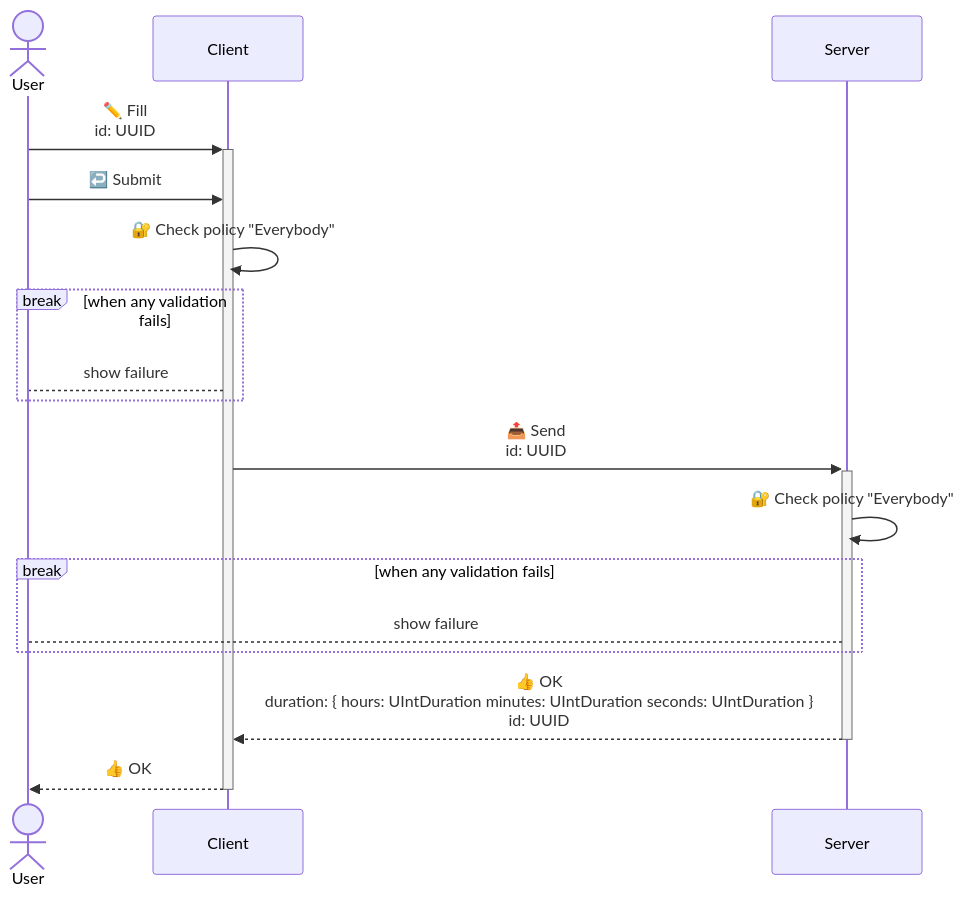
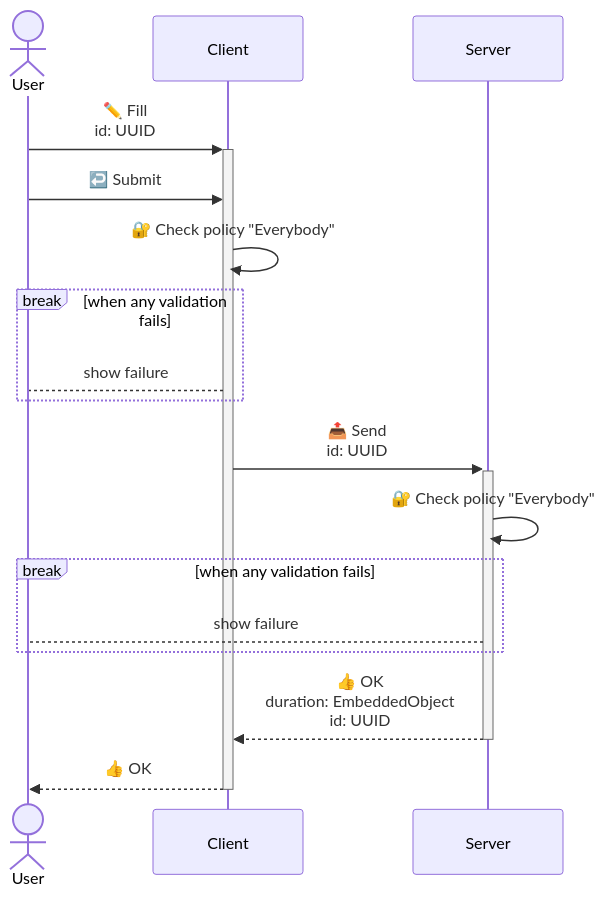
The sixth of 6 diagrams in examples/apps/Spotify/README.md (c100k/libmodulor), drawn with Mermaid before and after one commit. The commit also changed other lines of this file and 7 other files, not shown here.

````diff
--- a/examples/apps/Spotify/README.md
+++ b/examples/apps/Spotify/README.md
@@ -123,17 +123,17 @@
 ```mermaid
 sequenceDiagram
     actor User
     User->>+Client: ✏️ Fill<br/>id: UUID
     User->>Client: ↩️ Submit
     Client->>Client: 🔐 Check policy "Everybody"
     break when any validation fails
         Client-->User: show failure
     end
     Client->>+Server: 📤 Send<br/>id: UUID
     Server->>Server: 🔐 Check policy "Everybody"
     break when any validation fails
         Server-->User: show failure
     end
-    Server-->>-Client: 👍 OK<br/>duration: {        hours: UIntDuration        minutes: UIntDuration        seconds: UIntDuration    }<br/>id: UUID
+    Server-->>-Client: 👍 OK<br/>duration: EmbeddedObject<br/>id: UUID
     Client-->>-User: 👍 OK
 ```
````
